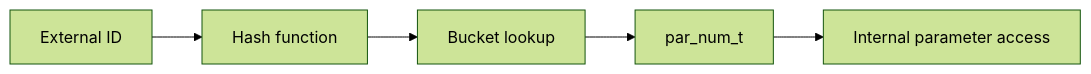
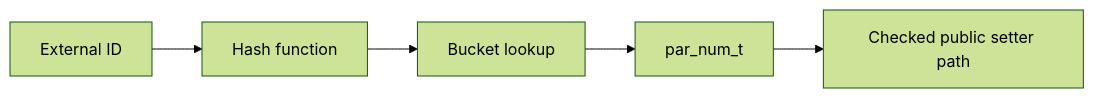
One commit to wdfk-prog/parameters changed the second of 2 diagrams in docs/architecture.md. Above: the diagram before and after it, drawn with Mermaid (forest theme). The commit also changed other lines of this file and 6 other files, not shown here.

Commit message:
refactor(core): Unify checked setter flow and fast default restore

````diff
--- a/docs/architecture.md
+++ b/docs/architecture.md
@@ -206,7 +206,7 @@
 ```mermaid
 flowchart LR
     A[External ID] --> B[Hash function]
     B --> C[Bucket lookup]
     C --> D[par_num_t]
-    D --> E[Internal parameter access]
+    D --> E[Checked public setter path]
 ```
````
